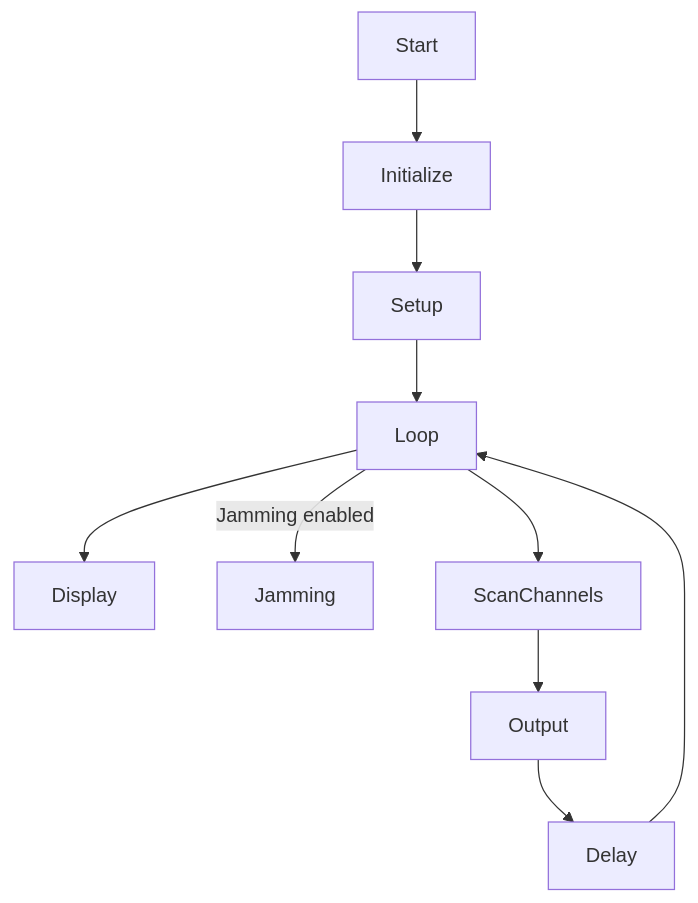
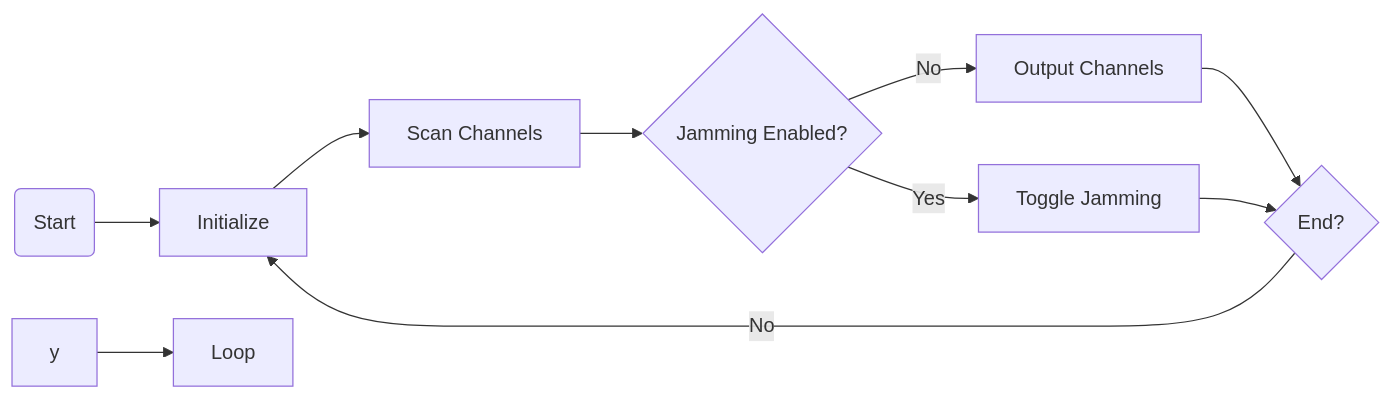
Before and after one commit to lily-osp/nrf24-based-jammer: the diagram in README.md, drawn with Mermaid. The commit also changed other lines of this file, not shown here.

````diff
--- a/README.md
+++ b/README.md
@@ -19,12 +29,12 @@
 ```mermaid
-graph TD
-  Start --> Initialize
-  Initialize --> Setup
-  Setup --> Loop
-  Loop --> Display
-  Loop --> |Jamming enabled| Jamming
-  Loop --> ScanChannels
-  ScanChannels --> Output
-  Output --> Delay
-  Delay --> Loop
+graph LR
+A(Start) --> B[Initialize]
+B --> C[Scan Channels]
+C --> D{Jamming Enabled?}
+D -- No --> E[Output Channels]
+E --> F{End?}
+F -- No --> B
+D -- Yes --> G[Toggle Jamming]
+G --> F
+y --> Loop
 ```
````
